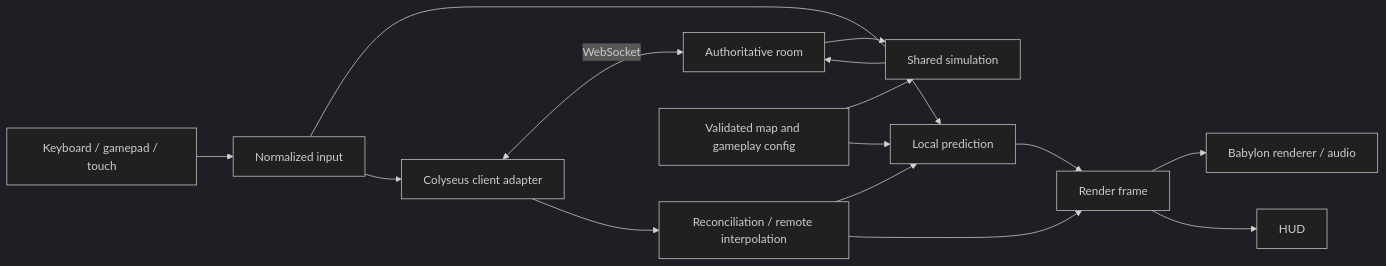
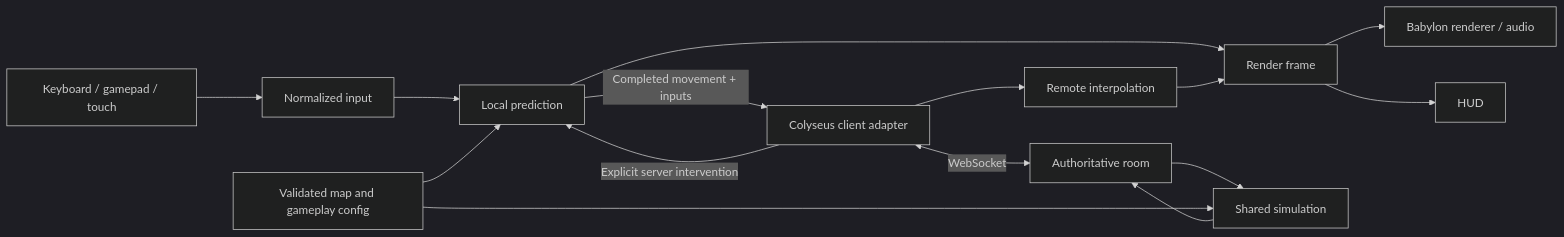
The diagram in spec/ARCHITECTURE.md (lbsa71/fender_offenders), drawn with Mermaid (dark theme) before and after one commit. The commit also changed other lines of this file and 21 other files, not shown here.

````diff
--- a/spec/ARCHITECTURE.md
+++ b/spec/ARCHITECTURE.md
@@ -11,17 +11,17 @@
 ```mermaid
 flowchart LR
   Devices[Keyboard / gamepad / touch] --> Input[Normalized input]
   Input --> Local[Local prediction]
   Local --> View[Render frame]
   View --> Babylon[Babylon renderer / audio]
   View --> HUD[HUD]
-  Input --> Net[Colyseus client adapter]
+  Local -->|Completed movement + inputs| Net[Colyseus client adapter]
   Net <-->|WebSocket| Room[Authoritative room]
   Room --> Sim[Shared simulation]
   Sim --> Room
-  Net --> Reconcile[Reconciliation / remote interpolation]
-  Reconcile --> Local
-  Reconcile --> View
+  Net -->|Explicit server intervention| Local
+  Net --> Remote[Remote interpolation]
+  Remote --> View
   Map[Validated map and gameplay config] --> Sim
   Map --> Local
 ```
````
